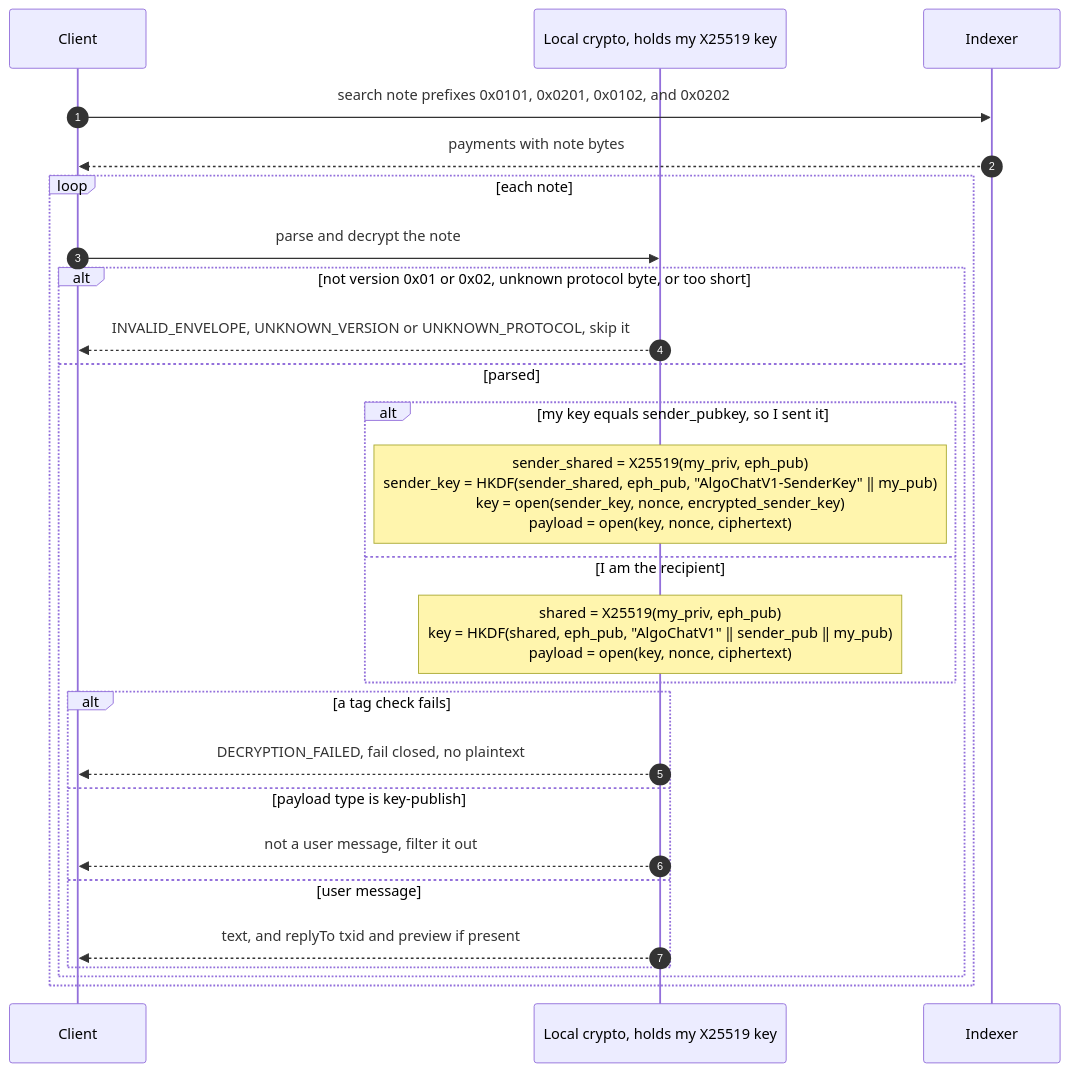
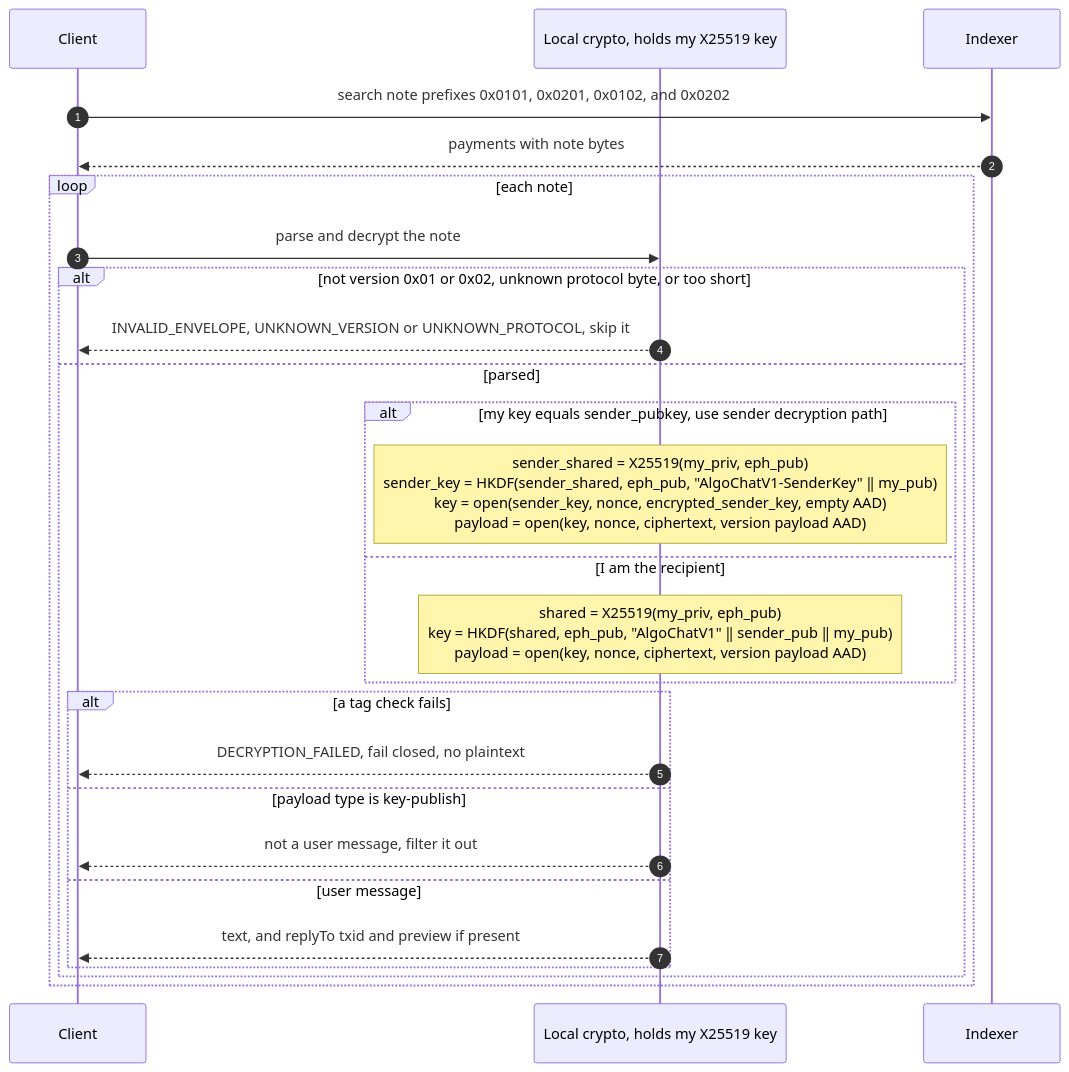
One commit to CorvidLabs/algochat changed the seventh of 15 diagrams in docs/HLD.md. Above: the diagram before and after it, drawn with Mermaid. The commit also changed other lines of this file and 116 other files, not shown here.

````diff
--- a/docs/HLD.md
+++ b/docs/HLD.md
@@ -247,28 +257,28 @@
 ```mermaid
 sequenceDiagram
     autonumber
     participant C as Client
     participant K as Local crypto, holds my X25519 key
     participant I as Indexer
     C->>I: search note prefixes 0x0101, 0x0201, 0x0102, and 0x0202
     I-->>C: payments with note bytes
     loop each note
         C->>K: parse and decrypt the note
         alt not version 0x01 or 0x02, unknown protocol byte, or too short
             K-->>C: INVALID_ENVELOPE, UNKNOWN_VERSION or UNKNOWN_PROTOCOL, skip it
         else parsed
-            alt my key equals sender_pubkey, so I sent it
-                Note over K: sender_shared = X25519(my_priv, eph_pub)<br/>sender_key = HKDF(sender_shared, eph_pub, "AlgoChatV1-SenderKey" ‖ my_pub)<br/>key = open(sender_key, nonce, encrypted_sender_key)<br/>payload = open(key, nonce, ciphertext)
+            alt my key equals sender_pubkey, use sender decryption path
+                Note over K: sender_shared = X25519(my_priv, eph_pub)<br/>sender_key = HKDF(sender_shared, eph_pub, "AlgoChatV1-SenderKey" ‖ my_pub)<br/>key = open(sender_key, nonce, encrypted_sender_key, empty AAD)<br/>payload = open(key, nonce, ciphertext, version payload AAD)
             else I am the recipient
-                Note over K: shared = X25519(my_priv, eph_pub)<br/>key = HKDF(shared, eph_pub, "AlgoChatV1" ‖ sender_pub ‖ my_pub)<br/>payload = open(key, nonce, ciphertext)
+                Note over K: shared = X25519(my_priv, eph_pub)<br/>key = HKDF(shared, eph_pub, "AlgoChatV1" ‖ sender_pub ‖ my_pub)<br/>payload = open(key, nonce, ciphertext, version payload AAD)
             end
             alt a tag check fails
                 K-->>C: DECRYPTION_FAILED, fail closed, no plaintext
             else payload type is key-publish
                 K-->>C: not a user message, filter it out
             else user message
                 K-->>C: text, and replyTo txid and preview if present
             end
         end
     end
 ```
````
